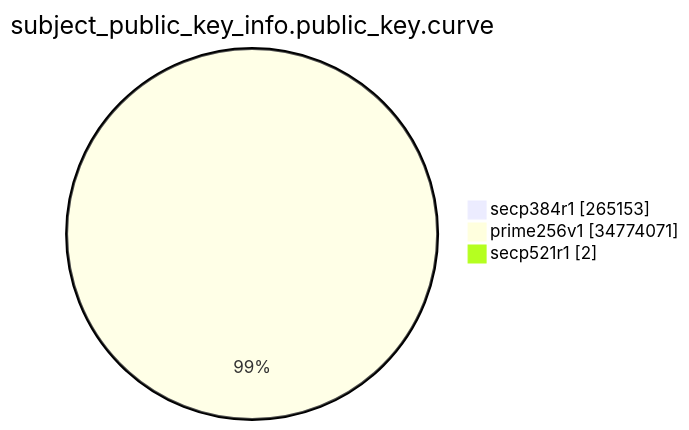
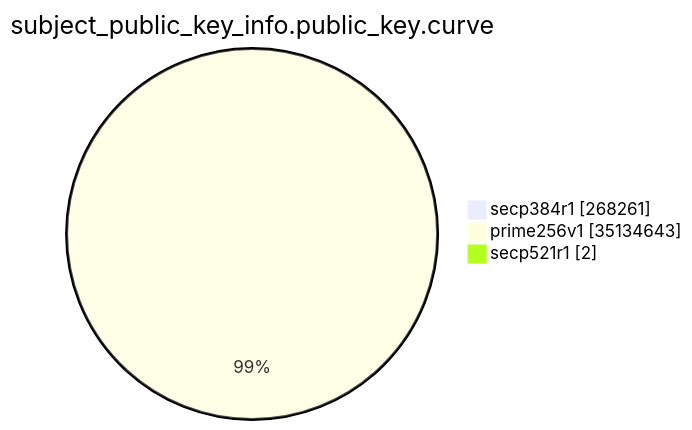
Before and after one commit to christiankrug/ctmonitor_visualization: the eighth of 15 diagrams in xenon2023/README.md, drawn with Mermaid. The commit also changed other lines of this file, not shown here.

````diff
--- a/xenon2023/README.md
+++ b/xenon2023/README.md
@@ -2136,7 +2144,7 @@
 ```mermaid
 pie showData
 title subject_public_key_info.public_key.curve
-"secp384r1" :265153
-"prime256v1" :34774071
+"secp384r1" :268261
+"prime256v1" :35134643
 "secp521r1" :2
 ```
````
